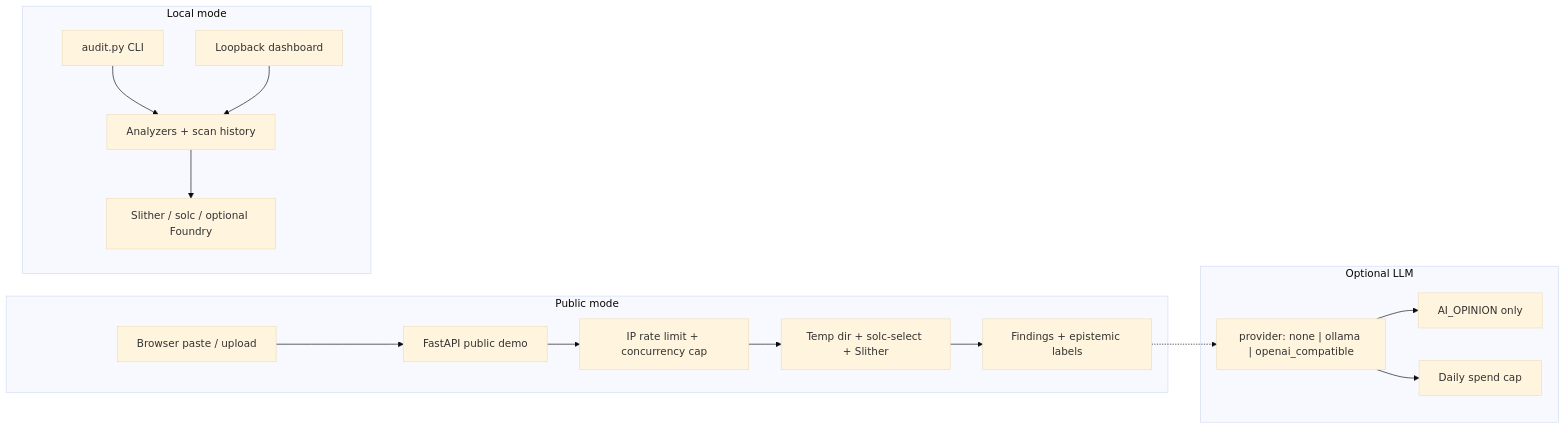
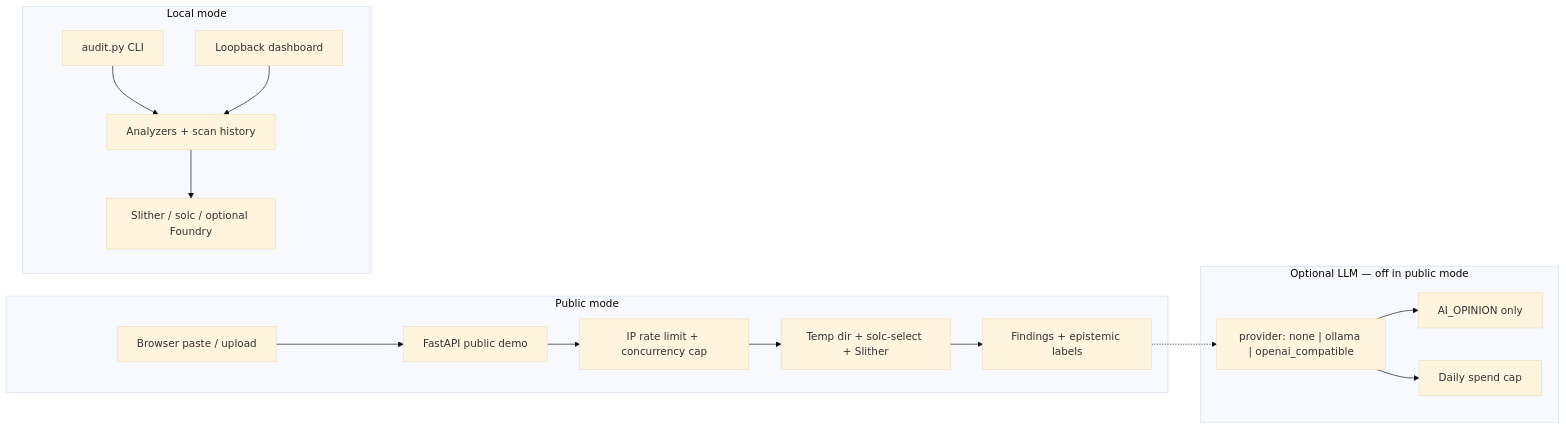
Before and after one commit to Anondevnet/contract-auditor: the diagram in README.md, drawn with Mermaid (base theme). The commit also changed other lines of this file and 6 other files, not shown here.

````diff
--- a/README.md
+++ b/README.md
@@ -22,20 +27,20 @@
 ```mermaid
 flowchart LR
   subgraph publicMode ["Public mode"]
     Browser["Browser paste / upload"] --> PublicApp["FastAPI public demo"]
     PublicApp --> Limits["IP rate limit + concurrency cap"]
     Limits --> Scan["Temp dir + solc-select + Slither"]
     Scan --> Findings["Findings + epistemic labels"]
   end
   subgraph localMode ["Local mode"]
     CLI["audit.py CLI"] --> Pipeline["Analyzers + scan history"]
     Dash["Loopback dashboard"] --> Pipeline
     Pipeline --> Tools["Slither / solc / optional Foundry"]
   end
-  subgraph llm ["Optional LLM"]
+  subgraph llm ["Optional LLM — off in public mode"]
     Provider["provider: none | ollama | openai_compatible"]
     Provider --> Opinion["AI_OPINION only"]
     Provider --> Cap["Daily spend cap"]
   end
   Findings -.-> Provider
 ```
````
